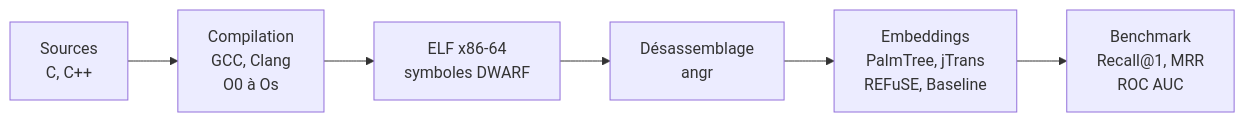
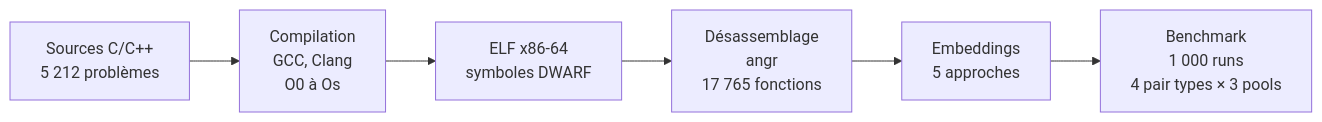
Before and after one commit to BelgacemS/bcsd-benchmark: the diagram in README.md, drawn with Mermaid. The commit also changed other lines of this file, not shown here.

````diff
--- a/README.md
+++ b/README.md
@@ -34,8 +34,8 @@
 ```mermaid
 flowchart LR
-    A["Sources\nC, C++"] --> B["Compilation\nGCC, Clang\nO0 à Os"]
+    A["Sources C/C++\n5 212 problèmes"] --> B["Compilation\nGCC, Clang\nO0 à Os"]
     B --> C["ELF x86-64\nsymboles DWARF"]
-    C --> D["Désassemblage\nangr"]
-    D --> E["Embeddings\nPalmTree, jTrans\nREFuSE, Baseline"]
-    E --> F["Benchmark\nRecall@1, MRR\nROC AUC"]
+    C --> D["Désassemblage\nangr\n17 765 fonctions"]
+    D --> E["Embeddings\n5 approches"]
+    E --> F["Benchmark\n1 000 runs\n4 pair types × 3 pools"]
 ```
````
